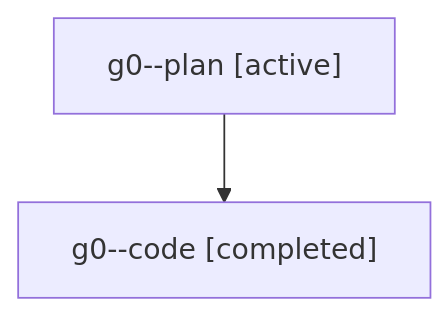
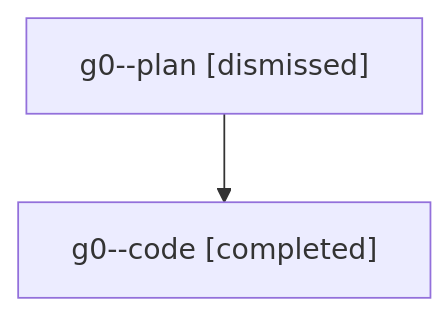
Before and after one commit to sase-org/sase--agents: the diagram in sessions/bbugyi200.athena.g0.md, drawn with Mermaid. The commit also changed other lines of this file and 18 other files, not shown here.

````diff
--- a/sessions/bbugyi200.athena.g0.md
+++ b/sessions/bbugyi200.athena.g0.md
@@ -9,6 +9,6 @@
 ```mermaid
 flowchart TD
-  n0["g0--plan [active]"]
+  n0["g0--plan [dismissed]"]
   n1["g0--code [completed]"]
   n0 --> n1
 ```
````
